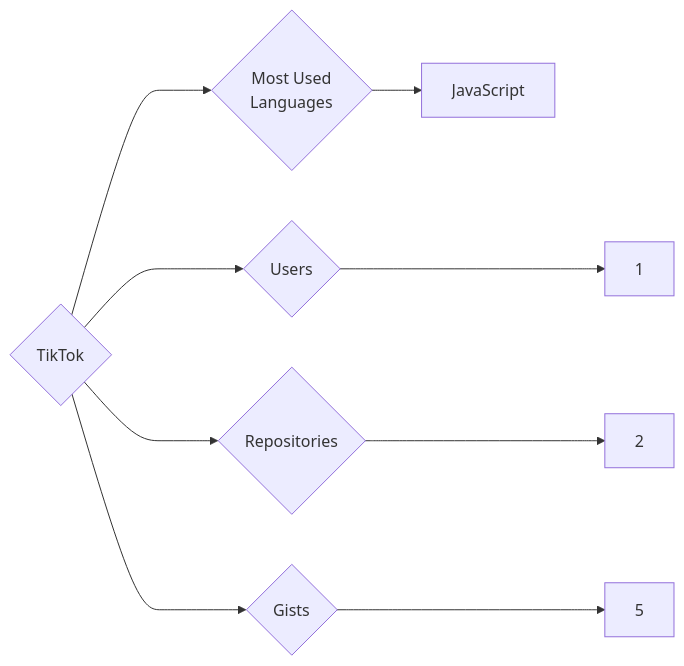
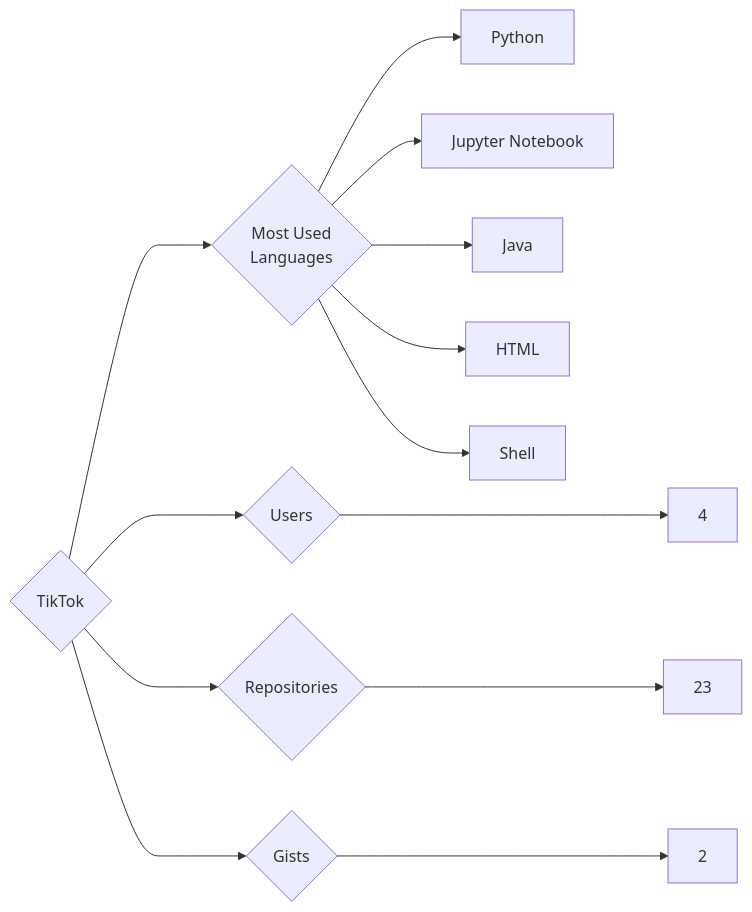
The diagram in targets/TikTok/README.md (trickest/insiders), drawn with Mermaid before and after one commit. The commit also changed 794 other files, not shown here.

````diff
--- a/targets/TikTok/README.md
+++ b/targets/TikTok/README.md
@@ -3,9 +3,13 @@
 ```mermaid
 graph LR
 COMPANY_NAME{TikTok}
-COMPANY_NAME ---> U{Users} ---> UN[1]
-COMPANY_NAME ---> R{Repositories} ---> RN[2]
-COMPANY_NAME ---> G{Gists} ---> GN[5]
+COMPANY_NAME ---> U{Users} ---> UN[4]
+COMPANY_NAME ---> R{Repositories} ---> RN[23]
+COMPANY_NAME ---> G{Gists} ---> GN[2]
 COMPANY_NAME ---> ML{Most Used<br>Languages}
-ML --> JavaScript[JavaScript]
+ML --> Python[Python]
+ML --> Jupyter_Notebook[Jupyter Notebook]
+ML --> Java[Java]
+ML --> HTML[HTML]
+ML --> Shell[Shell]
 ```
````
